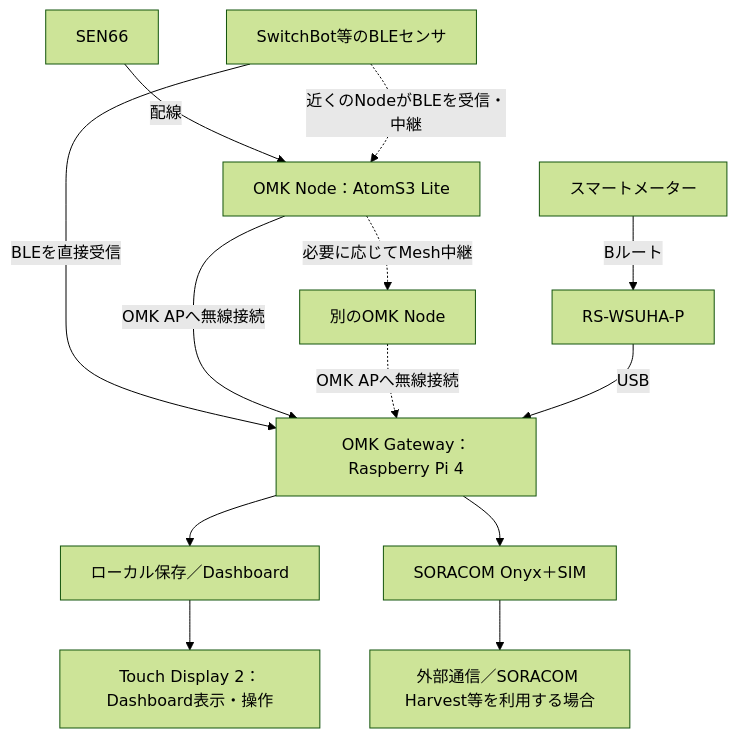
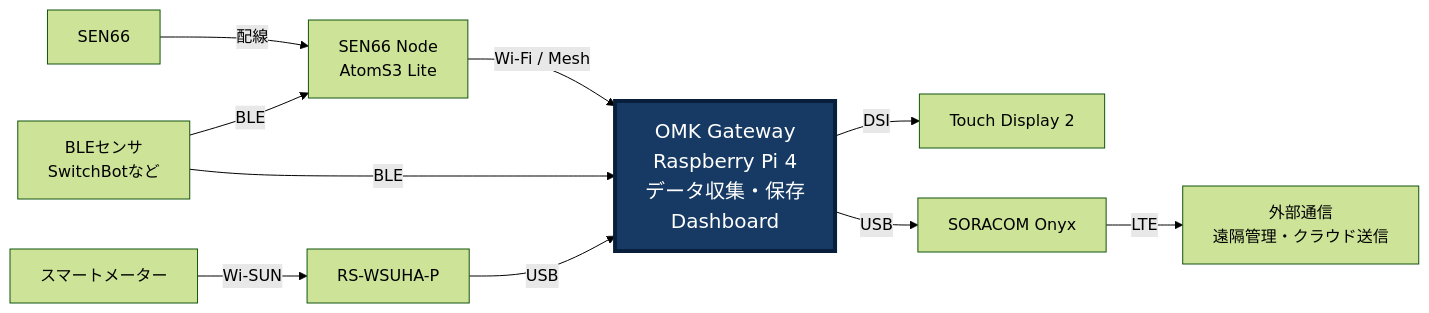
The diagram in docs/user/getting-started.md (shattori-criepi/omk), drawn with Mermaid (forest theme) before and after one commit. The commit also changed other lines of this file and 17 other files, not shown here.

````diff
--- a/docs/user/getting-started.md
+++ b/docs/user/getting-started.md
@@ -30,15 +19,14 @@
 ```mermaid
-flowchart TD
-    sen["SEN66"] -->|配線| node["OMK Node：AtomS3 Lite"]
-    ble["SwitchBot等のBLEセンサ"] -->|BLEを直接受信| gw["OMK Gateway：Raspberry Pi 4"]
-    ble -.->|近くのNodeがBLEを受信・中継| node
-    node -->|OMK APへ無線接続| gw
-    node -.->|必要に応じてMesh中継| relay["別のOMK Node"]
-    relay -.->|OMK APへ無線接続| gw
-    meter["スマートメーター"] -->|Bルート| adapter["RS-WSUHA-P"]
+flowchart LR
+    sen66["SEN66"] -->|配線| node["SEN66 Node<br/>AtomS3 Lite"]
+    node -->|Wi-Fi / Mesh| gw["OMK Gateway<br/>Raspberry Pi 4<br/>データ収集・保存<br/>Dashboard"]
+    ble["BLEセンサ<br/>SwitchBotなど"] -->|BLE| gw
+    ble -->|BLE| node
+    meter["スマートメーター"] -->|Wi-SUN| adapter["RS-WSUHA-P"]
     adapter -->|USB| gw
-    gw --> local["ローカル保存／Dashboard"]
-    local --> display["Touch Display 2：Dashboard表示・操作"]
-    gw --> onyx["SORACOM Onyx＋SIM"]
-    onyx --> outside["外部通信／SORACOM Harvest等を利用する場合"]
+    gw -->|DSI| display["Touch Display 2"]
+    gw -->|USB| onyx["SORACOM Onyx"]
+    onyx -->|LTE| external["外部通信<br/>遠隔管理・クラウド送信"]
+    classDef gateway fill:#163a63,color:#fff,stroke:#071f3a,stroke-width:4px,font-size:20px;
+    class gw gateway;
 ```
````
